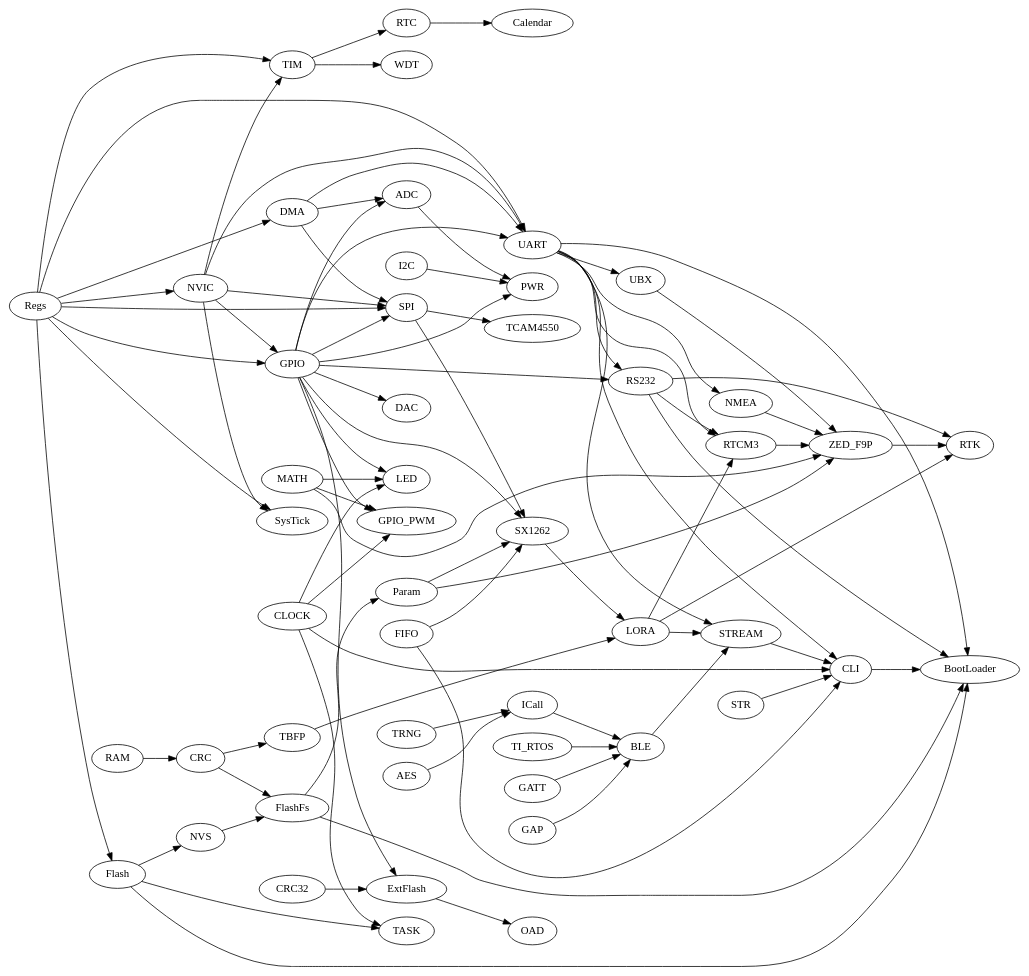
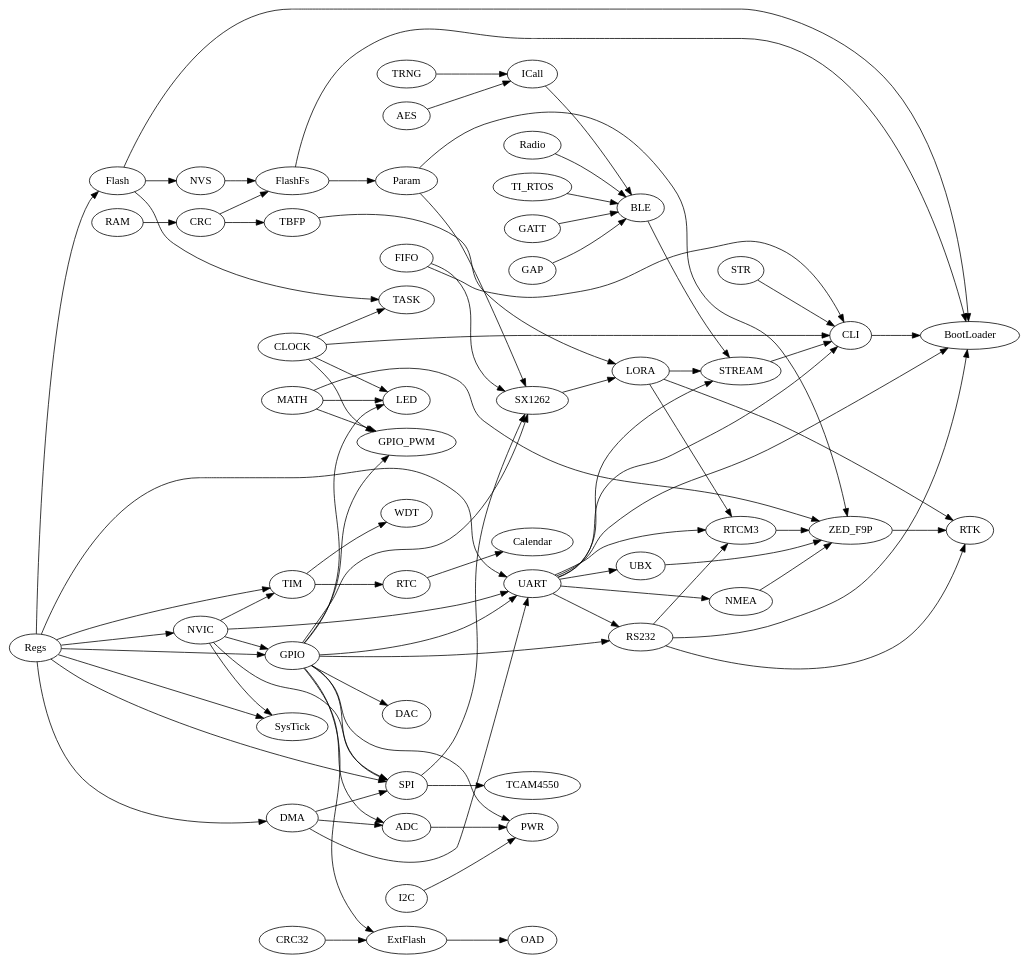
Before and after one commit to aabzel/ti_mcu_code_base: the diagram in docs/dependencies.dot, drawn with Graphviz. The commit also changed 3 other files, not shown here.

```diff
--- a/docs/dependencies.dot
+++ b/docs/dependencies.dot
@@ -1,88 +1,89 @@
 digraph graphname {
     rankdir=LR;
 	AES;
     CLOCK->CLI;
 	UART->STREAM;
 	LORA->STREAM;
 	BLE->STREAM;
 	RS232->RTK;
 	LORA->RTK;
 	ZED_F9P->RTK;
 	STREAM->CLI
     CLOCK->GPIO_PWM
     CLOCK->LED;
     CLOCK->TASK;
     Flash->TASK;
 	AES->ICall;
 	TRNG->ICall;
 	ICall->BLE;
+	Radio->BLE;
 	TI_RTOS->BLE;
 	GATT->BLE;
 	GAP->BLE;
 	GPIO->ExtFlash;
 	CRC32->ExtFlash;
 	ExtFlash->OAD;
     CRC->FlashFs;
     CRC -> TBFP;
     DMA->SPI;
     DMA->UART;
     DMA->ADC;
     FIFO->CLI;
     Flash->NVS;
     FlashFs->Param;
     GPIO->SPI;
     GPIO->UART;
     GPIO->ADC;
     GPIO->DAC;
     GPIO->GPIO_PWM;
     GPIO->LED;
 	MATH->LED;
     GPIO->PWR;
 	ADC->PWR;
     GPIO->RS232;
     GPIO->SX1262;
 	FIFO->SX1262;
     I2C->PWR;
     LORA->RTCM3;
     MATH->GPIO_PWM;
     MATH->ZED_F9P;
     NMEA->ZED_F9P;
     NVIC->SPI;
     NVIC->UART;
     NVIC->SysTick;
     NVIC->TIM;
     NVIC->GPIO;
     NVS->FlashFs;
     Param->SX1262;
     Param->ZED_F9P;
     RAM->CRC;
     RS232->RTCM3;
     RTC->Calendar;
     RTCM3->ZED_F9P;
     Regs->SPI;
     Regs->UART;
     Regs->DMA;
     Regs->Flash;
     Regs->GPIO;
     Regs->NVIC;
     Regs->SysTick;
     Regs->TIM;
     SPI->SX1262;
     SPI->TCAM4550;
     STR->CLI;
     SX1262->LORA;
     TBFP->LORA;
     TIM->RTC;
     TIM->WDT;
     Flash->BootLoader;
     UART->BootLoader;
     FlashFs->BootLoader;
     CLI->BootLoader;
     RS232->BootLoader;
     UART->CLI;
     UART->NMEA;
     UART->RS232;
     UART->RTCM3;
     UART->UBX;
     UBX->ZED_F9P;
 }
```
